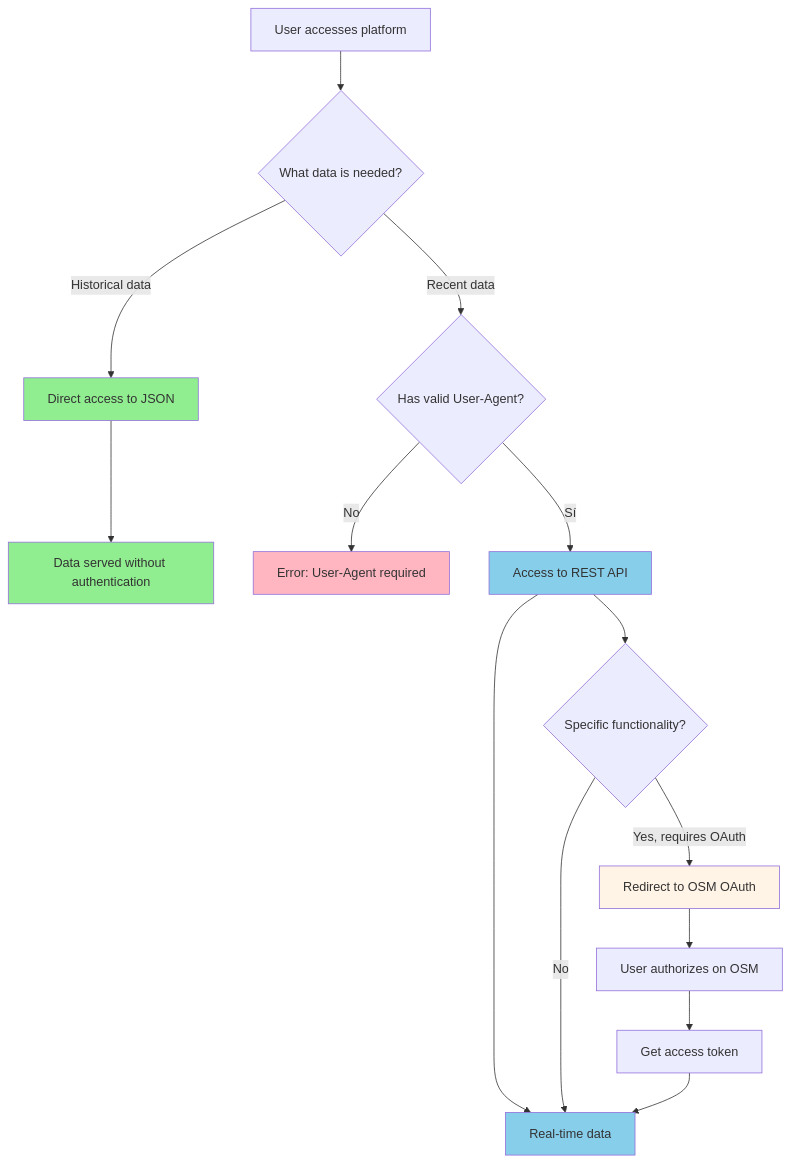
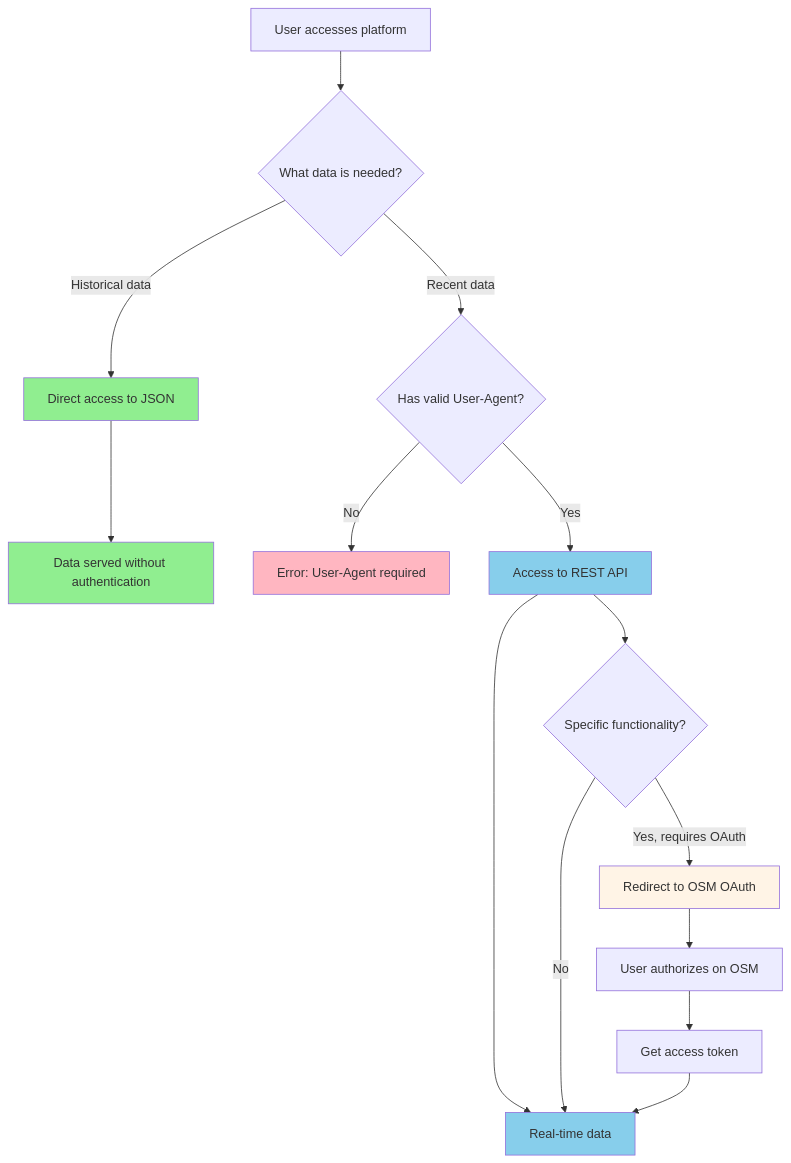
One commit to OSMLatam/OSM-Notes-Viewer changed the first of 2 diagrams in docs/AUTHENTICATION_STRATEGY.md. Above: the diagram before and after it, drawn with Mermaid. The commit also changed 1 other file, not shown here.

Commit message:
chore: update OSM-Notes-Common submodule to latest commit
- Update submodule pointer from 3efd36e to 10cb4ae
- Fix Prettier formatting check in CI workflow
- Fix language inconsistency in Mermaid diagram

````diff
--- a/docs/AUTHENTICATION_STRATEGY.md
+++ b/docs/AUTHENTICATION_STRATEGY.md
@@ -84,26 +84,26 @@
 ```mermaid
 graph TD
     A[User accesses platform] --> B{What data is needed?}
 
     B -->|Historical data| C[Direct access to JSON]
     C --> D[Data served without authentication]
 
     B -->|Recent data| E{Has valid User-Agent?}
     E -->|No| F[Error: User-Agent required]
-    E -->|Sí| G[Access to REST API]
+    E -->|Yes| G[Access to REST API]
     G --> H[Real-time data]
 
     G --> I{Specific functionality?}
     I -->|No| H
     I -->|Yes, requires OAuth| J[Redirect to OSM OAuth]
     J --> K[User authorizes on OSM]
     K --> L[Get access token]
     L --> H
 
     style C fill:#90EE90
     style D fill:#90EE90
     style G fill:#87CEEB
     style H fill:#87CEEB
     style F fill:#FFB6C1
     style J fill:#FFF4E6
 ```
````
